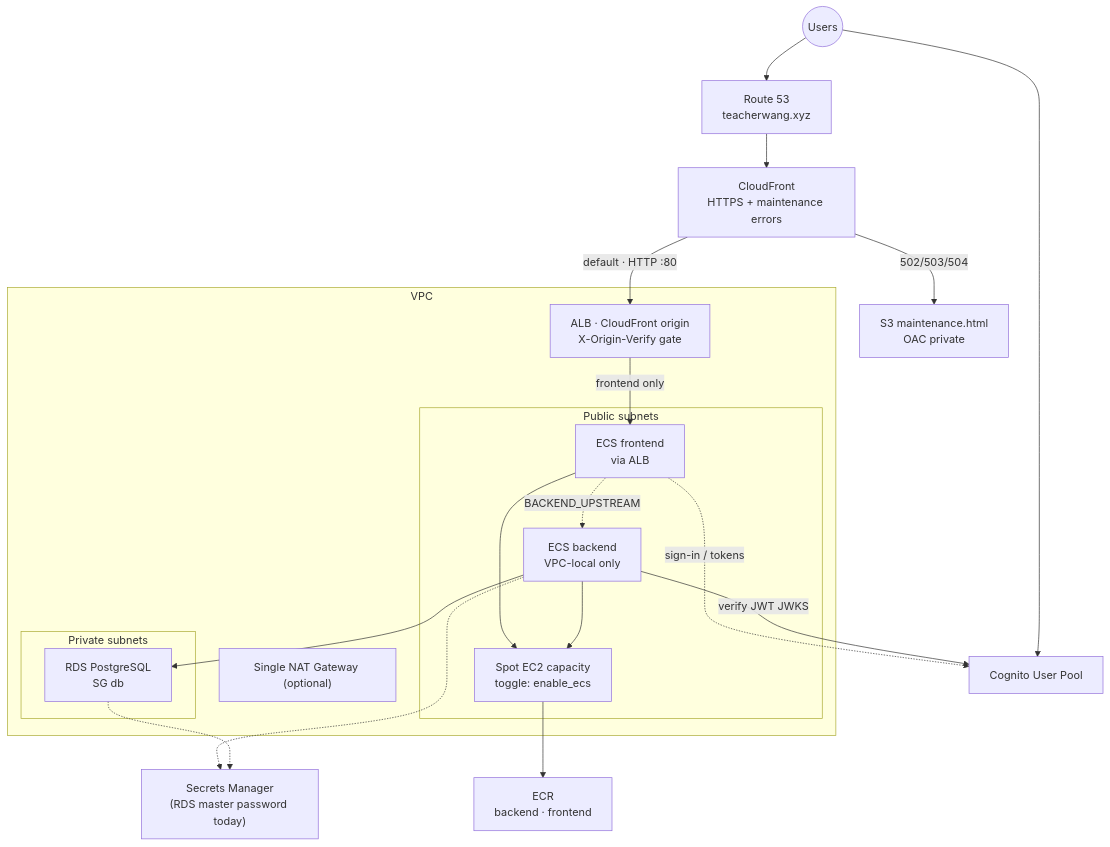
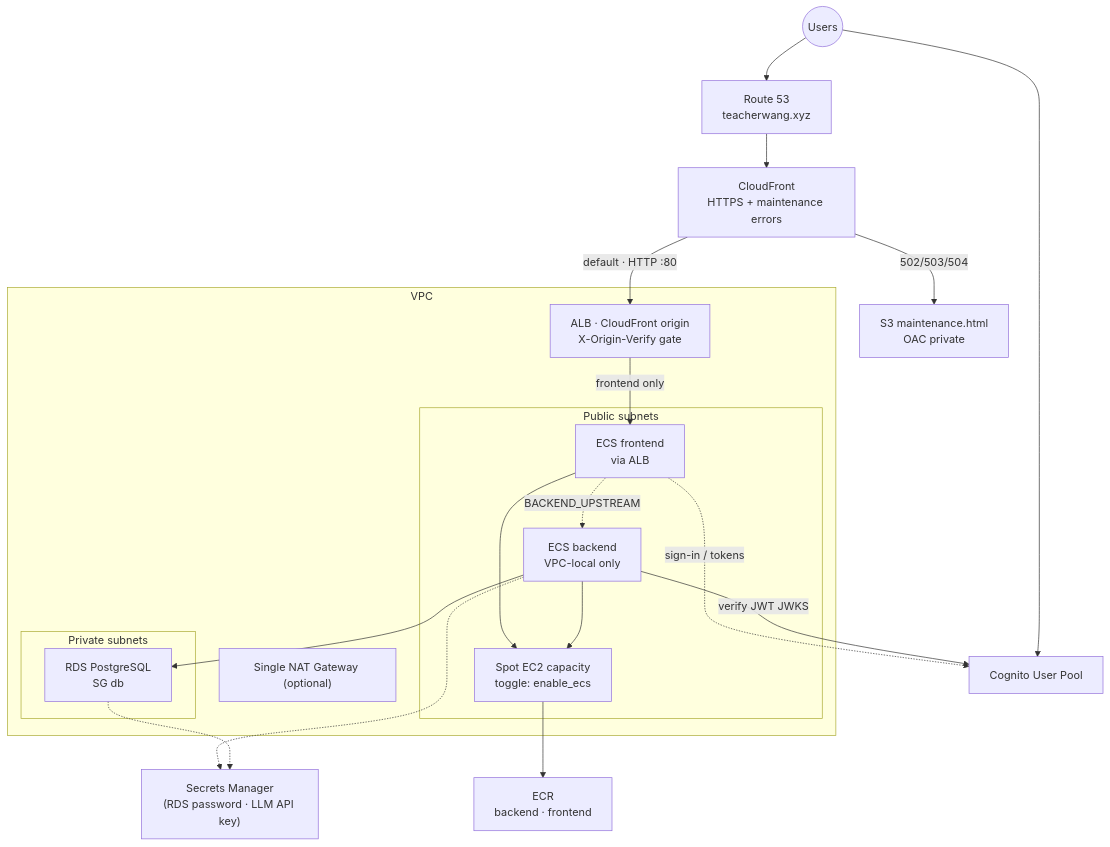
The eighth of 9 diagrams in docs/architecture.md (mazarsju/teacher-wang-infra), drawn with Mermaid before and after one commit. The commit also changed other lines of this file and 10 other files, not shown here.

Commit message:
Add llm env variables as secret in secret manager

````diff
--- a/docs/architecture.md
+++ b/docs/architecture.md
@@ -283,45 +283,45 @@
 ```mermaid
 flowchart TB
   Users((Users))
 
   R53["Route 53<br/>teacherwang.xyz"]
   CF["CloudFront<br/>HTTPS + maintenance errors"]
   MaintS3["S3 maintenance.html<br/>OAC private"]
 
   Users --> R53
   R53 --> CF
   CF -->|default · HTTP :80| ALB
   CF -->|502/503/504| MaintS3
 
   subgraph VPC["VPC"]
     ALB["ALB · CloudFront origin<br/>X-Origin-Verify gate"]
 
     subgraph Public["Public subnets"]
       FE["ECS frontend<br/>via ALB"]
       BE["ECS backend<br/>VPC-local only"]
       ECS["Spot EC2 capacity<br/>toggle: enable_ecs"]
     end
 
     subgraph Private["Private subnets"]
       RDS["RDS PostgreSQL<br/>SG db"]
     end
 
     NAT["Single NAT Gateway (optional)"]
   end
 
   ECR["ECR<br/>backend · frontend"]
   Cognito["Cognito User Pool"]
-  SM["Secrets Manager<br/>(RDS master password today)"]
+  SM["Secrets Manager<br/>(RDS password · LLM API key)"]
 
   Users --> Cognito
   FE -.->|sign-in / tokens| Cognito
   ALB -->|frontend only| FE
   FE -.->|BACKEND_UPSTREAM| BE
   BE -->|verify JWT JWKS| Cognito
   BE --> RDS
   FE --> ECS
   BE --> ECS
   ECS --> ECR
   BE -.-> SM
   RDS -.-> SM
 ```
````
